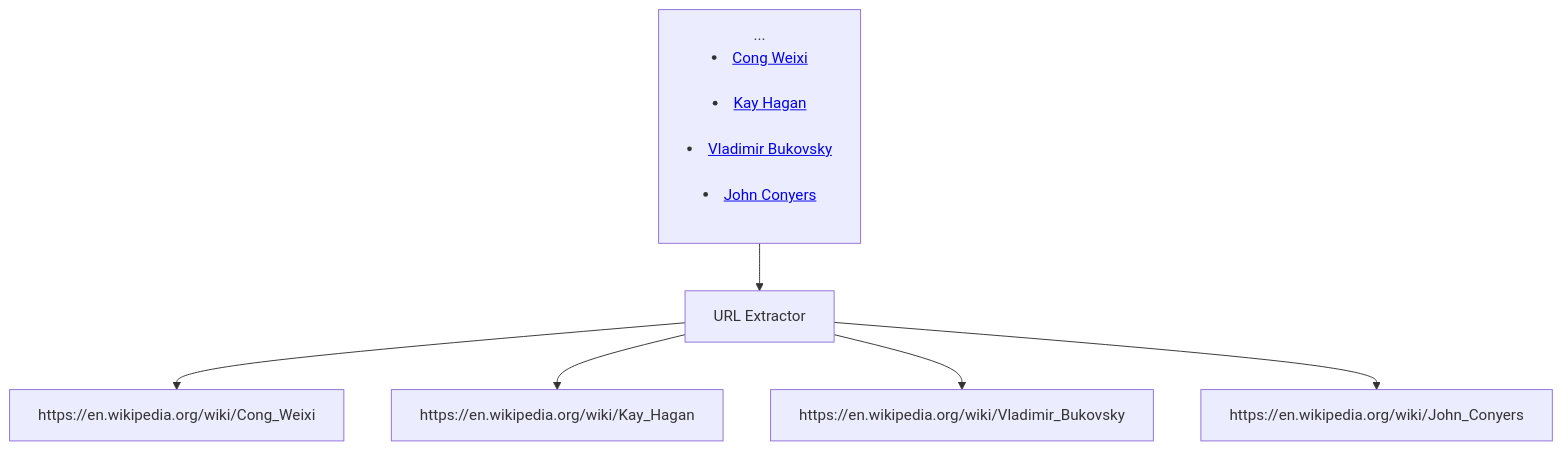
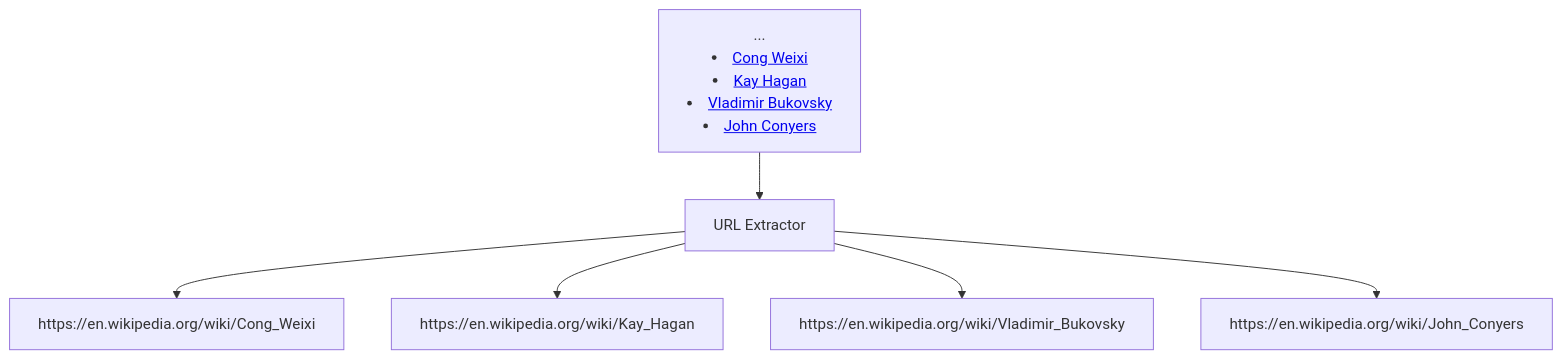
One commit to NalinDalal/system-design changed the second of 7 diagrams in 9.WebCrawler.md. Above: the diagram before and after it, drawn with Mermaid. The commit also changed other lines of this file, not shown here.

````diff
--- a/9.WebCrawler.md
+++ b/9.WebCrawler.md
@@ -113,15 +100,10 @@
 ```mermaid
 flowchart TD
-    A["<html> ... <body>
-        <li><a href='/wiki/Cong_Weixi'>Cong Weixi</a></li>
-        <li><a href='/wiki/Kay_Hagan'>Kay Hagan</a></li>
-        <li><a href='/wiki/Vladimir_Bukovsky'>Vladimir Bukovsky</a></li>
-        <li><a href='/wiki/John_Conyers'>John Conyers</a></li>
-    </body></html>"]
-    --> B[URL Extractor]
+  A["<html> ... <body>  <li><a href='/wiki/Cong_Weixi'>Cong Weixi</a></li>  <li><a href='/wiki/Kay_Hagan'>Kay Hagan</a></li>  <li><a href='/wiki/Vladimir_Bukovsky'>Vladimir Bukovsky</a></li>  <li><a href='/wiki/John_Conyers'>John Conyers</a></li></body></html>"]
+  --> B[URL Extractor]
 
-    B --> C["https://en.wikipedia.org/wiki/Cong_Weixi"]
-    B --> D["https://en.wikipedia.org/wiki/Kay_Hagan"]
-    B --> E["https://en.wikipedia.org/wiki/Vladimir_Bukovsky"]
-    B --> F["https://en.wikipedia.org/wiki/John_Conyers"]
+  B --> C["https://en.wikipedia.org/wiki/Cong_Weixi"]
+  B --> D["https://en.wikipedia.org/wiki/Kay_Hagan"]
+  B --> E["https://en.wikipedia.org/wiki/Vladimir_Bukovsky"]
+  B --> F["https://en.wikipedia.org/wiki/John_Conyers"]
 ```
````
